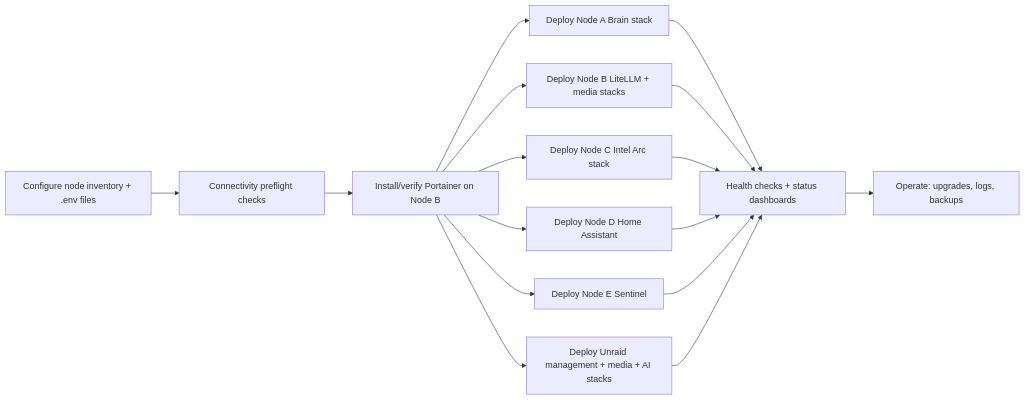
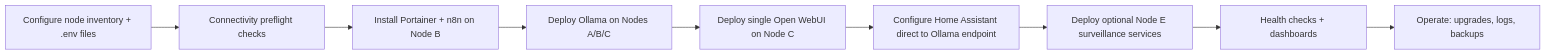
Before and after one commit to Enigmaticjoe/onemoreytry: the fifth of 5 diagrams in docs/ARCHITECTURE.md, drawn with Mermaid. The commit also changed other lines of this file and 27 other files, not shown here.

Commit message:
docs: establish canonical 2026 architecture baseline

````diff
--- a/docs/ARCHITECTURE.md
+++ b/docs/ARCHITECTURE.md
@@ -158,13 +145,11 @@
 ```mermaid
 flowchart LR
   Inv[Configure node inventory + .env files] --> Pre[Connectivity preflight checks]
-  Pre --> P[Install/verify Portainer on Node B]
-  P --> A[Deploy Node A Brain stack]
-  P --> B[Deploy Node B LiteLLM + media stacks]
-  P --> C[Deploy Node C Intel Arc stack]
-  P --> D[Deploy Node D Home Assistant]
-  P --> E[Deploy Node E Sentinel]
-  P --> U[Deploy Unraid management + media + AI stacks]
-  A & B & C & D & E & U --> V[Health checks + status dashboards]
+  Pre --> B[Install Portainer + n8n on Node B]
+  B --> O[Deploy Ollama on Nodes A/B/C]
+  O --> W[Deploy single Open WebUI on Node C]
+  W --> H[Configure Home Assistant direct to Ollama endpoint]
+  H --> E[Deploy optional Node E surveillance services]
+  E --> V[Health checks + dashboards]
   V --> Op[Operate: upgrades, logs, backups]
 ```
````
